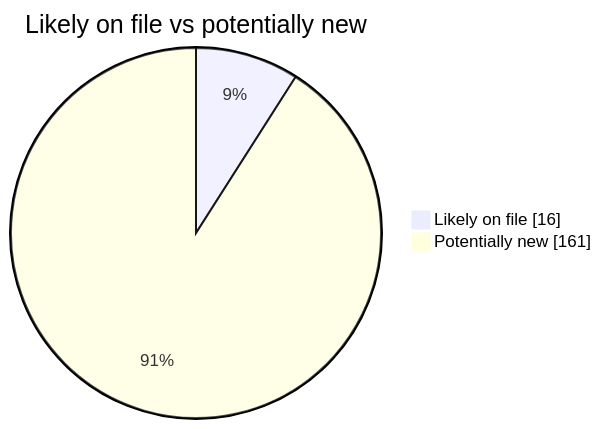
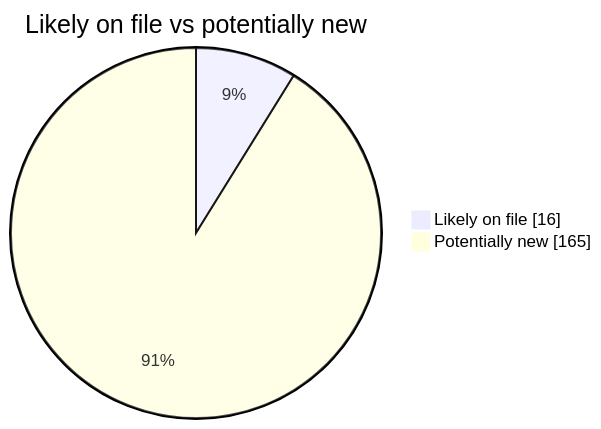
Before and after one commit to martinbalfanz/social-scanner-reports: the second of 4 diagrams in README.md, drawn with Mermaid. The commit also changed other lines of this file and 2 other files, not shown here.

````diff
--- a/README.md
+++ b/README.md
@@ -40,5 +40,5 @@
 ```mermaid
 pie showData title Likely on file vs potentially new
     "Likely on file" : 16
-    "Potentially new" : 161
+    "Potentially new" : 165
 ```
````
